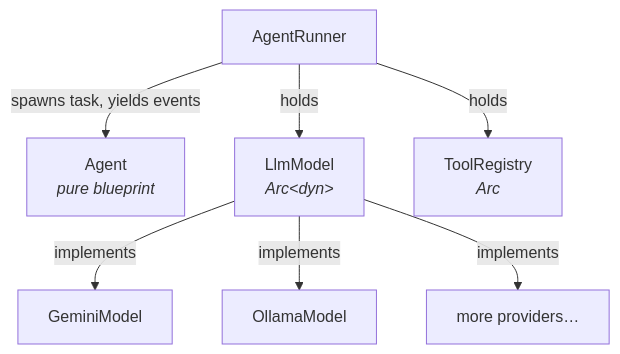
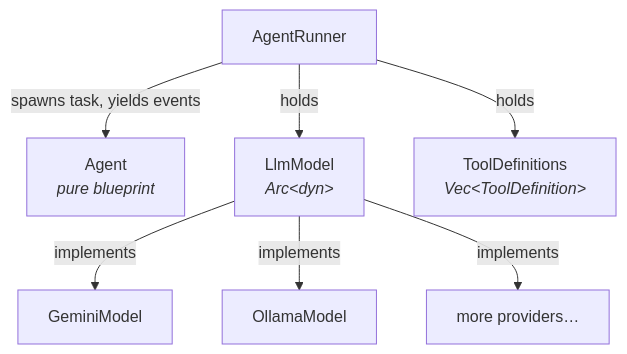
Before and after one commit to andreban/agent-rig: the diagram in README.md, drawn with Mermaid. The commit also changed other lines of this file and 3 other files, not shown here.

````diff
--- a/README.md
+++ b/README.md
@@ -394,9 +471,9 @@
 ```mermaid
 graph TD
     AR[AgentRunner] -->|spawns task, yields events| A[Agent<br/><i>pure blueprint</i>]
     AR -->|holds| LM[LlmModel<br/><i>Arc&lt;dyn&gt;</i>]
-    AR -->|holds| TR[ToolRegistry<br/><i>Arc</i>]
+    AR -->|holds| TD[ToolDefinitions<br/><i>Vec&lt;ToolDefinition&gt;</i>]
     LM -->|implements| GM[GeminiModel]
     LM -->|implements| OM[OllamaModel]
     LM -->|implements| MORE[more providers…]
 ```
````
